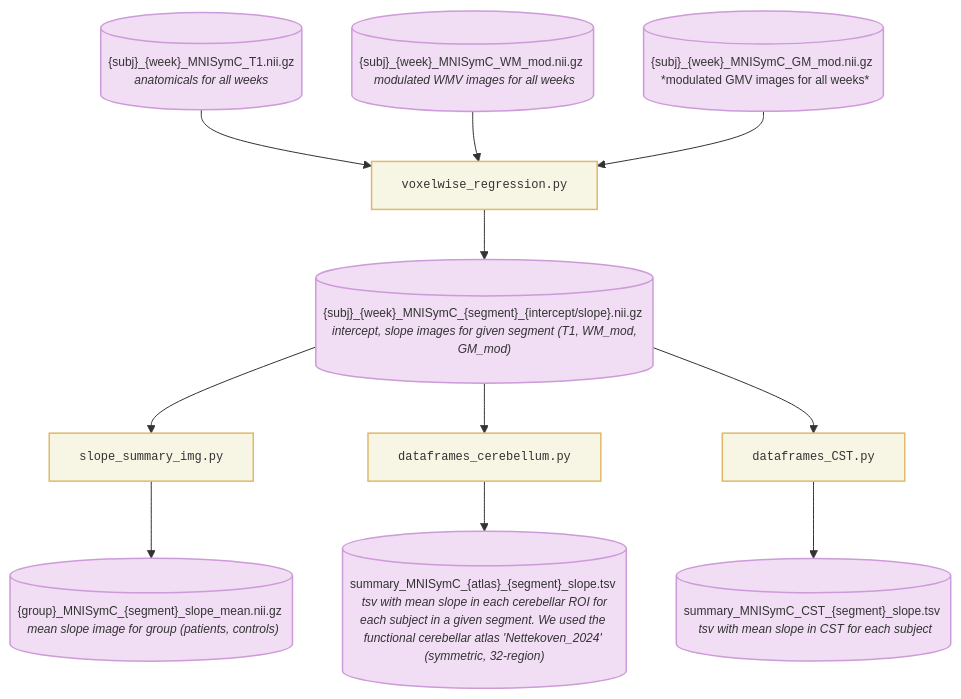
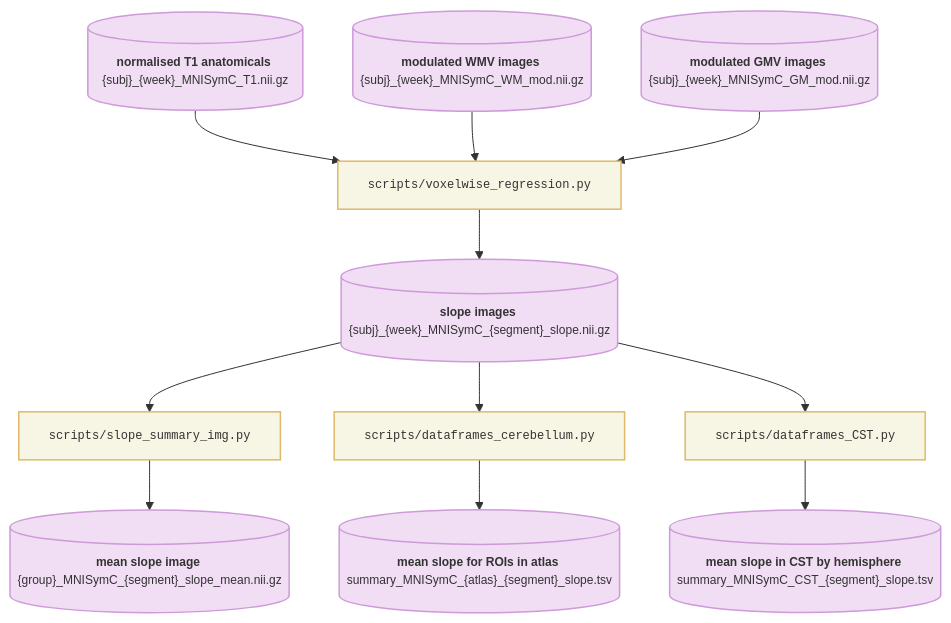
One commit to medhakp/smarts_cerebellum changed the second of 3 diagrams in README.md. Above: the diagram before and after it, drawn with Mermaid. The commit also changed other lines of this file, not shown here.

````diff
--- a/README.md
+++ b/README.md
@@ -93,27 +99,28 @@
 ```mermaid
+
 flowchart TB
-    A[("{subj}_{week}_MNISymC_T1.nii.gz <br> <i>anatomicals for all weeks</i>")] --> P1["voxelwise_regression.py"]
-    B[("{subj}_{week}_MNISymC_WM_mod.nii.gz <br> <i>modulated WMV images for all weeks</i>")] --> P1
-    C[("{subj}_{week}_MNISymC_GM_mod.nii.gz <br> *modulated GMV images for all weeks*")] --> P1
-    P1 --> D[("{subj}_{week}_MNISymC_{segment}_{intercept/slope}.nii.gz <br> <i>intercept, slope images for given segment (T1, WM_mod, GM_mod)</i>")]
-    D --> P2["slope_summary_img.py"] & P3["dataframes_cerebellum.py"] & P4["dataframes_CST.py"]
-    P2 --> E[("{group}_MNISymC_{segment}_slope_mean.nii.gz <br> <i>mean slope image for group (patients, controls)</i>")]
-    P3 --> F@{ label: "summary_MNISymC_{atlas}_{segment}_slope.tsv <br> <i>tsv with mean slope in each cerebellar ROI for each subject in a given segment. We used the functional cerebellar atlas 'Nettekoven_2024' (symmetric, 32-region)</i>" }
-    P4 --> G[("summary_MNISymC_CST_{segment}_slope.tsv <br> <i>tsv with mean slope in CST for each subject</i>")]
+    A[("<b>normalised T1 anatomicals</b> {subj}_{week}_MNISymC_T1.nii.gz")] --> P1["scripts/voxelwise_regression.py"]
+    B[("<b>modulated WMV images</b> {subj}_{week}_MNISymC_WM_mod.nii.gz")] --> P1
+    C[("<b>modulated GMV images</b> {subj}_{week}_MNISymC_GM_mod.nii.gz")] --> P1
+    P1 --> D[("<b>slope images</b> {subj}_{week}_MNISymC_{segment}_slope.nii.gz")]
+    D --> P2["scripts/slope_summary_img.py"] & P3["scripts/dataframes_cerebellum.py"] & P4["scripts/dataframes_CST.py"]
+    P2 --> E[("<b>mean slope image </b>{group}_MNISymC_{segment}_slope_mean.nii.gz")]
+    P3 --> F[("<b>mean slope for ROIs in atlas </b>summary_MNISymC_{atlas}_{segment}_slope.tsv" )]
+    P4 --> G[("<b>mean slope in CST by hemisphere </b>summary_MNISymC_CST_{segment}_slope.tsv")]
 
-    F@{ shape: cylinder}
+   
      A:::templateNode
      P1:::processNode
      B:::templateNode
      C:::templateNode
      D:::templateNode
      P2:::processNode
      P3:::processNode
      P4:::processNode
      E:::templateNode
      F:::templateNode
      G:::templateNode
     classDef templateNode fill:#f1ddf4,stroke:#ce9bd9,stroke-width:1.5px,color:#333,font-family:Arial,font-size:12px
     classDef processNode fill:#f7f5e4,stroke:#e0b96a,stroke-width:1.5px,color:#333,font-family:monospace,font-size:12px
 
 ```
````
